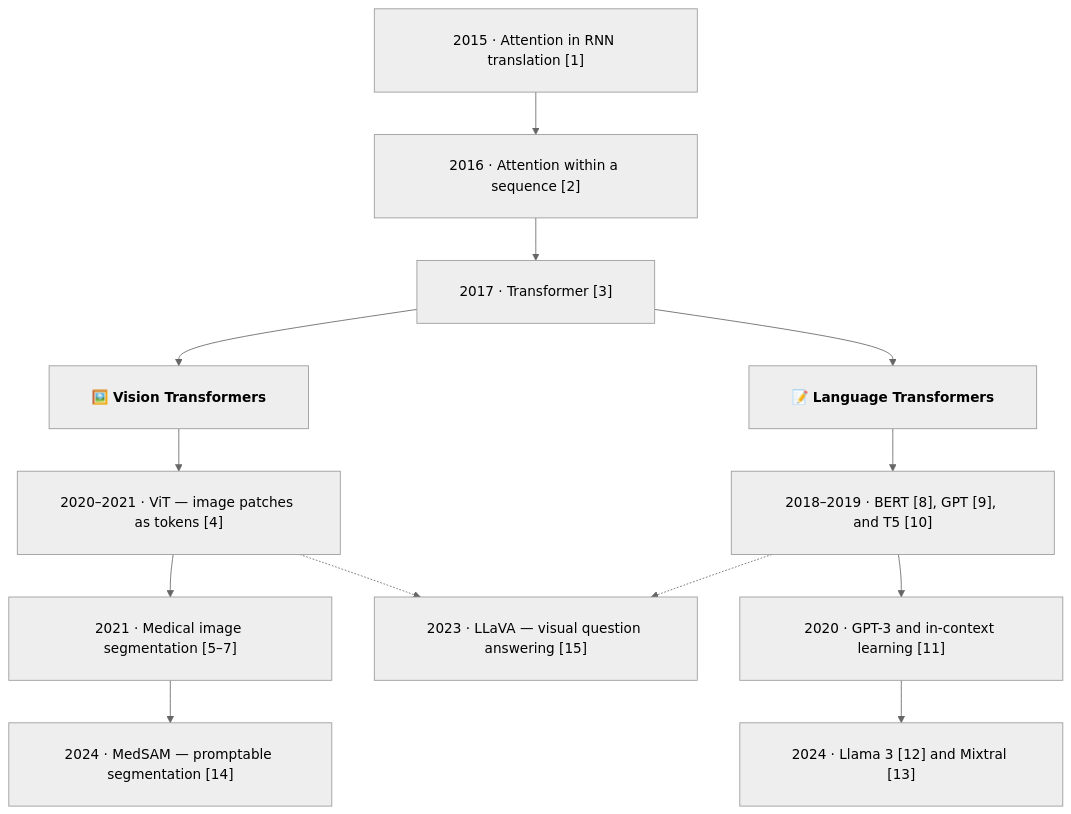
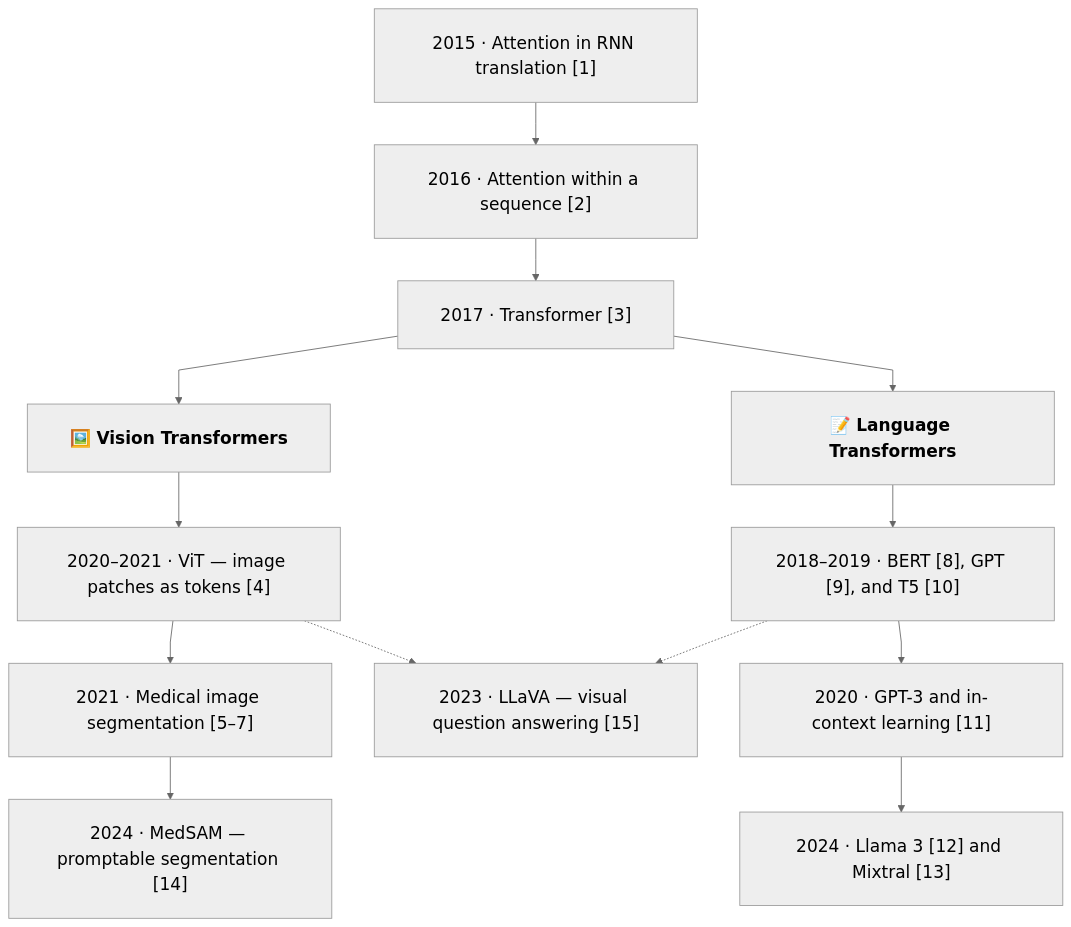
Before and after one commit to jizhang02/jizhang02.github.io: the diagram in _posts/2021-09-08-transformer.markdown, drawn with Mermaid (neutral theme). The commit also changed 2 other files, not shown here.

Commit message:
Update post dates and Transformer diagram styling

````diff
--- a/_posts/2021-09-08-transformer.markdown
+++ b/_posts/2021-09-08-transformer.markdown
@@ -53,17 +53,18 @@
 ```mermaid
-%%{init: {"flowchart": {"padding": 25, "wrappingWidth": 280}}}%%
+%%{init: {"flowchart": {"padding": 25, "wrappingWidth": 280, "curve": "linear"}}}%%
 flowchart TD
+    classDef default font-size:20px
     accTitle: Transformer evolution from RNN attention to vision and language models
     A["2015 · Attention in RNN translation [1]"] --> B["2016 · Attention within a sequence [2]"]
     B --> C["2017 · Transformer [3]"]
     C --> V["`🖼️ **Vision Transformers**`"]
     C --> L["`📝 **Language Transformers**`"]
     V --> V1["2020–2021 · ViT — image patches as tokens [4]"]
     L --> L1["2018–2019 · BERT [8], GPT [9], and T5 [10]"]
     V1 --> V2["2021 · Medical image segmentation [5–7]"]
     V1 -.-> M["2023 · LLaVA — visual question answering [15]"]
     L1 -.-> M
     L1 --> L2["2020 · GPT-3 and in-context learning [11]"]
     V2 --> V3["2024 · MedSAM — promptable segmentation [14]"]
     L2 --> L3["2024 · Llama 3 [12] and Mixtral [13]"]
 ```
````
